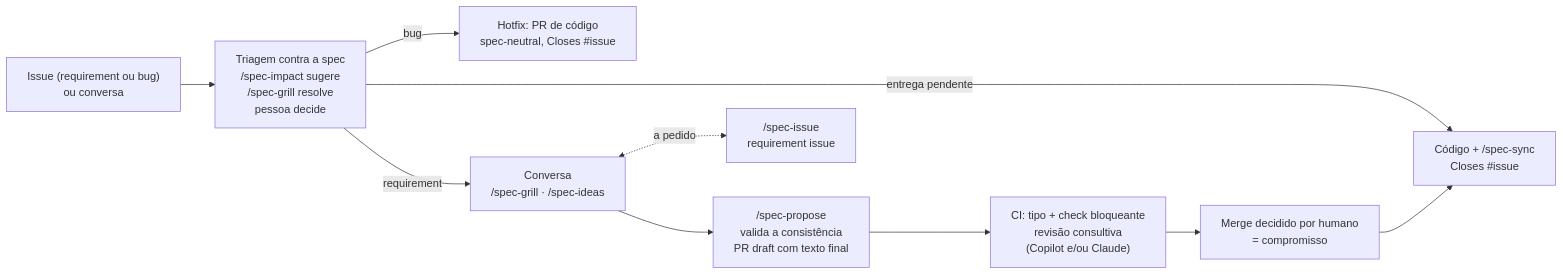
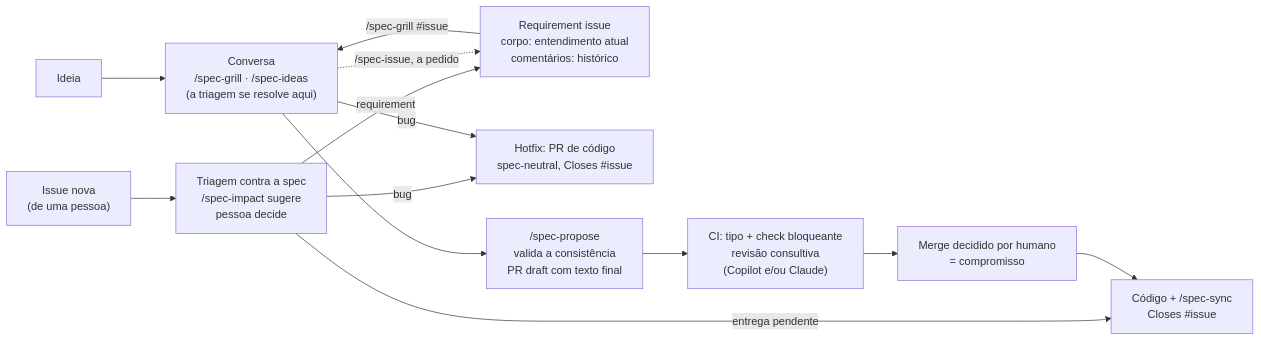
The diagram in README.md (useful-toys/Tabularium), drawn with Mermaid before and after one commit. The commit also changed 1 other file, not shown here.

Commit message:
Diagrama do ciclo: ideia e issue nova como entradas, conversa gera a requirement issue e volta a ela

````diff
--- a/README.md
+++ b/README.md
@@ -16,12 +16,15 @@
 ```mermaid
 flowchart LR
-  E["Issue (requirement ou bug)<br/>ou conversa"] --> T["Triagem contra a spec<br/>/spec-impact sugere<br/>/spec-grill resolve<br/>pessoa decide"]
+  ID["Ideia"] --> G["Conversa<br/>/spec-grill · /spec-ideas<br/>(a triagem se resolve aqui)"]
+  N["Issue nova<br/>(de uma pessoa)"] --> T["Triagem contra a spec<br/>/spec-impact sugere<br/>pessoa decide"]
+  T -->|requirement| I["Requirement issue<br/>corpo: entendimento atual<br/>comentários: histórico"]
   T -->|bug| H["Hotfix: PR de código<br/>spec-neutral, Closes #issue"]
   T -->|entrega pendente| C
-  T -->|requirement| G["Conversa<br/>/spec-grill · /spec-ideas"]
-  G <-.->|a pedido| I["/spec-issue<br/>requirement issue"]
+  G -.->|"/spec-issue, a pedido"| I
+  I -->|"/spec-grill #issue"| G
+  G -->|bug| H
   G --> P["/spec-propose<br/>valida a consistência<br/>PR draft com texto final"]
   P --> R["CI: tipo + check bloqueante<br/>revisão consultiva<br/>(Copilot e/ou Claude)"]
   R --> A["Merge decidido por humano<br/>= compromisso"]
   A --> C["Código + /spec-sync<br/>Closes #issue"]
 ```
````
